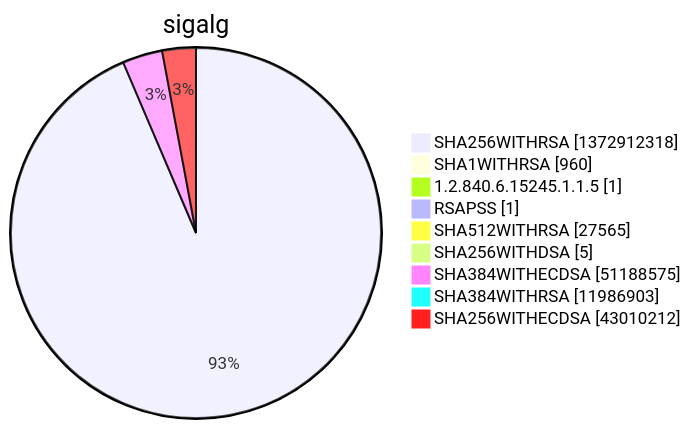
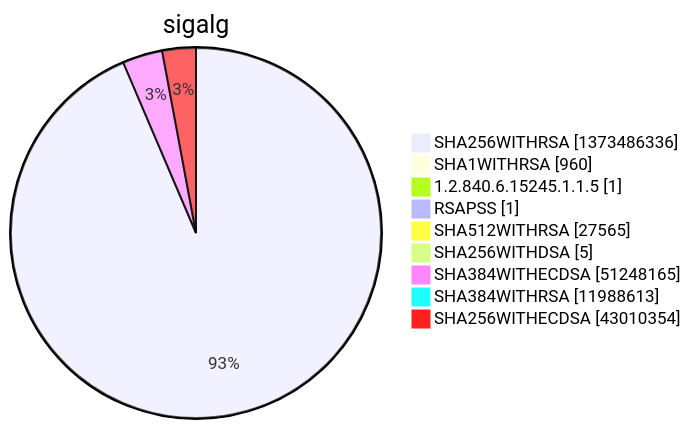
One commit to christiankrug/ctmonitor_visualization changed diagram 15 of 15 in argon2022/README.md. Above: the diagram before and after it, drawn with Mermaid. The commit also changed other lines of this file, not shown here.

````diff
--- a/argon2022/README.md
+++ b/argon2022/README.md
@@ -5524,13 +5524,13 @@
 ```mermaid
 pie showData
 title sigalg
-"SHA256WITHRSA" :1372912318
+"SHA256WITHRSA" :1373486336
 "SHA1WITHRSA" :960
 "1.2.840.6.15245.1.1.5" :1
 "RSAPSS" :1
 "SHA512WITHRSA" :27565
 "SHA256WITHDSA" :5
-"SHA384WITHECDSA" :51188575
-"SHA384WITHRSA" :11986903
-"SHA256WITHECDSA" :43010212
+"SHA384WITHECDSA" :51248165
+"SHA384WITHRSA" :11988613
+"SHA256WITHECDSA" :43010354
 ```
````
